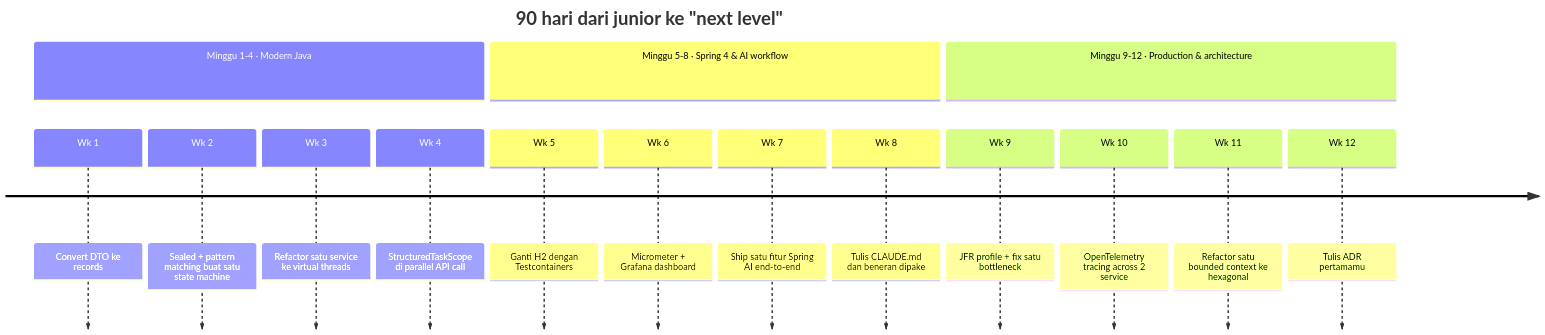
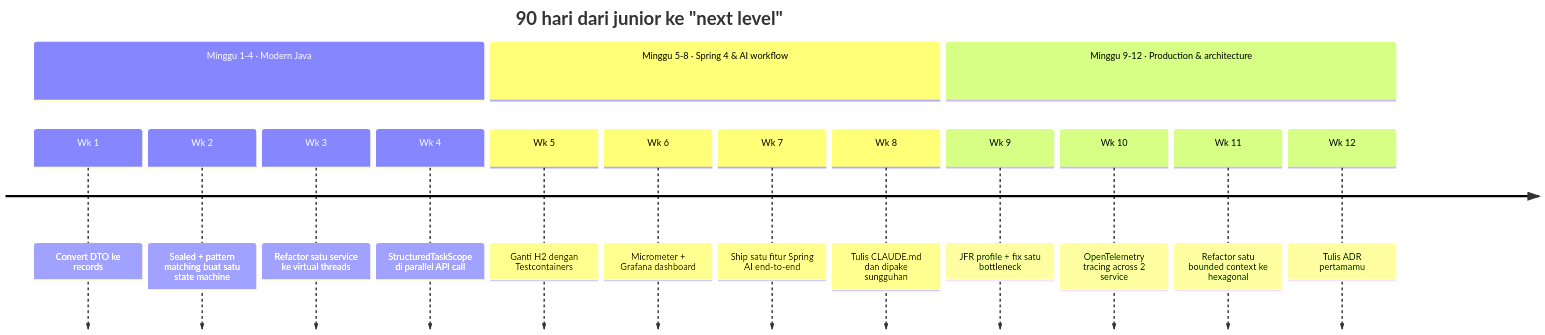
Before and after one commit to hanafifirman11/hanafifirman11.github.io: the fifth of 5 diagrams in src/content/blog/java-roadmap-ai-era/id.md, drawn with Mermaid. The commit also changed other lines of this file and 1 other file, not shown here.

First line of the commit message:
content: humanize pass on java-roadmap (en + id) per HUMANIZE.md

````diff
--- a/src/content/blog/java-roadmap-ai-era/id.md
+++ b/src/content/blog/java-roadmap-ai-era/id.md
@@ -294,19 +292,19 @@
 ```mermaid
 timeline
     title 90 hari dari junior ke "next level"
     section Minggu 1-4 · Modern Java
       Wk 1 : Convert DTO ke records
       Wk 2 : Sealed + pattern matching buat satu state machine
       Wk 3 : Refactor satu service ke virtual threads
       Wk 4 : StructuredTaskScope di parallel API call
     section Minggu 5-8 · Spring 4 & AI workflow
       Wk 5 : Ganti H2 dengan Testcontainers
       Wk 6 : Micrometer + Grafana dashboard
       Wk 7 : Ship satu fitur Spring AI end-to-end
-      Wk 8 : Tulis CLAUDE.md dan beneran dipake
+      Wk 8 : Tulis CLAUDE.md dan dipake sungguhan
     section Minggu 9-12 · Production & architecture
       Wk 9 : JFR profile + fix satu bottleneck
       Wk 10 : OpenTelemetry tracing across 2 service
       Wk 11 : Refactor satu bounded context ke hexagonal
       Wk 12 : Tulis ADR pertamamu
 ```
````
